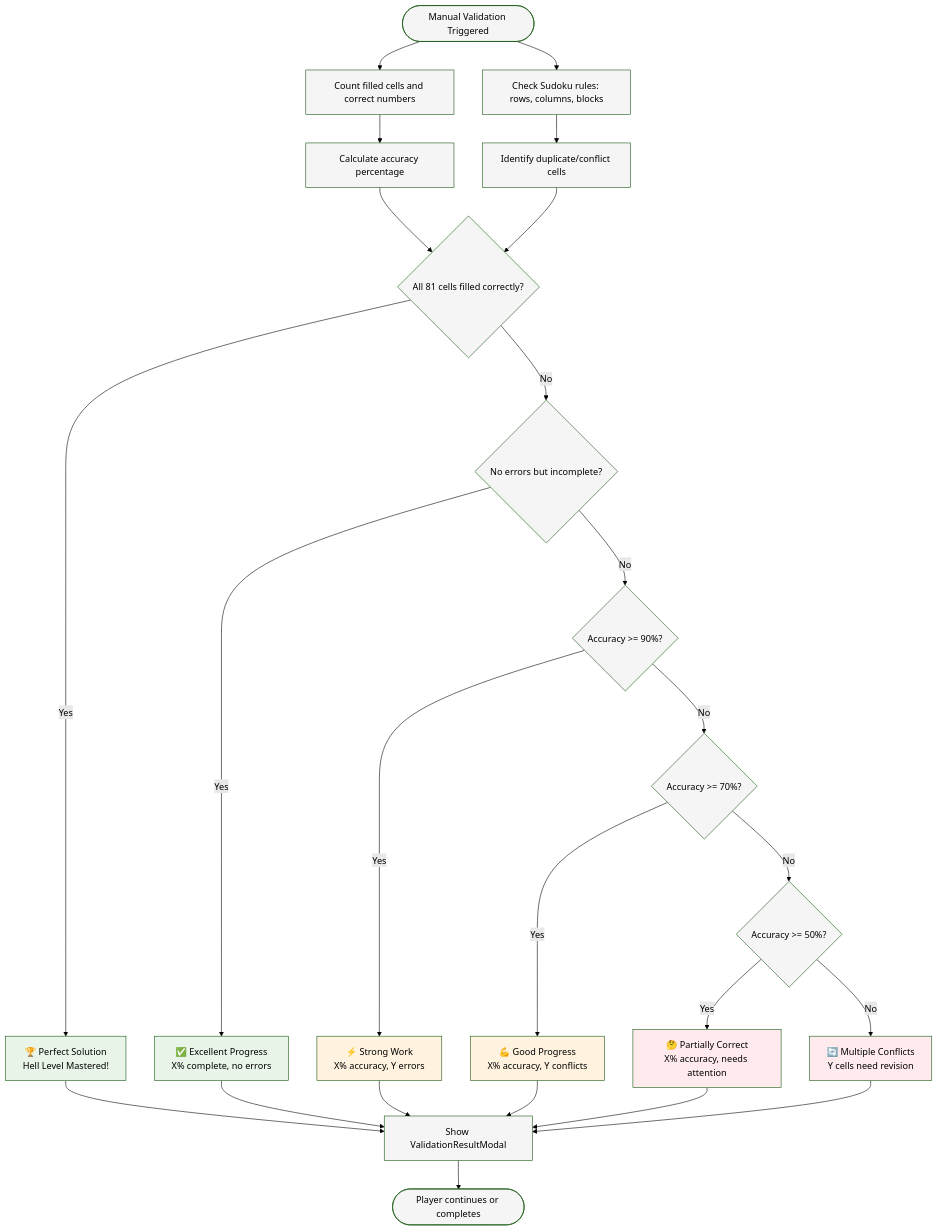
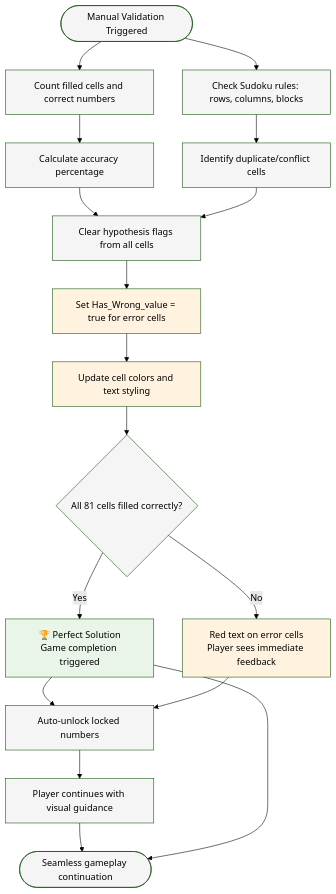
Before and after one commit to cloudaipro/SudokuMaster: diagram 12 of 19 in SudokuMaster_GameFlow_Documentation.md, drawn with Mermaid (forest theme). The commit also changed other lines of this file and 4 other files, not shown here.

````diff
--- a/SudokuMaster_GameFlow_Documentation.md
+++ b/SudokuMaster_GameFlow_Documentation.md
@@ -500,47 +512,37 @@
 ```mermaid
 flowchart TD
     Start([Manual Validation Triggered])
     
     Start --> CountCells[Count filled cells and correct numbers]
     Start --> ValidateRules[Check Sudoku rules: rows, columns, blocks]
     
     CountCells --> CalcAccuracy[Calculate accuracy percentage]
     ValidateRules --> FindErrors[Identify duplicate/conflict cells]
     
-    CalcAccuracy --> CheckCompletion{All 81 cells filled correctly?}
-    FindErrors --> CheckCompletion
+    CalcAccuracy --> ClearFlags[Clear hypothesis flags from all cells]
+    FindErrors --> ClearFlags
     
-    CheckCompletion -->|Yes| Perfect[🏆 Perfect Solution<br/>Hell Level Mastered!]
-    CheckCompletion -->|No| CheckNoErrors{No errors but incomplete?}
+    ClearFlags --> ApplyErrorStates[Set Has_Wrong_value = true for error cells]
+    ApplyErrorStates --> UpdateVisuals[Update cell colors and text styling]
     
-    CheckNoErrors -->|Yes| Progress[✅ Excellent Progress<br/>X% complete, no errors]
-    CheckNoErrors -->|No| CheckAccuracy{Accuracy >= 90%?}
+    UpdateVisuals --> CheckCompletion{All 81 cells filled correctly?}
     
-    CheckAccuracy -->|Yes| Strong[⚡ Strong Work<br/>X% accuracy, Y errors]
-    CheckAccuracy -->|No| CheckGood{Accuracy >= 70%?}
+    CheckCompletion -->|Yes| Perfect[🏆 Perfect Solution<br/>Game completion triggered]
+    CheckCompletion -->|No| VisualFeedback[Red text on error cells<br/>Player sees immediate feedback]
     
-    CheckGood -->|Yes| Good[💪 Good Progress<br/>X% accuracy, Y conflicts]
-    CheckGood -->|No| CheckPartial{Accuracy >= 50%?}
+    Perfect --> UnlockNumbers[Auto-unlock locked numbers]
+    VisualFeedback --> UnlockNumbers
     
-    CheckPartial -->|Yes| Partial[🤔 Partially Correct<br/>X% accuracy, needs attention]
-    CheckPartial -->|No| Multiple[🔄 Multiple Conflicts<br/>Y cells need revision]
+    UnlockNumbers --> ContinuePlay[Player continues with visual guidance]
     
-    Perfect --> DisplayModal[Show ValidationResultModal]
-    Progress --> DisplayModal
-    Strong --> DisplayModal
-    Good --> DisplayModal
-    Partial --> DisplayModal
-    Multiple --> DisplayModal
-    
-    DisplayModal --> End([Player continues or completes])
+    ContinuePlay --> End([Seamless gameplay continuation])
+    Perfect --> End
     
     classDef perfect fill:#e8f5e8
-    classDef good fill:#fff3e0
-    classDef needs fill:#ffebee
+    classDef visual fill:#fff3e0
     classDef process fill:#f5f5f5
     
-    class Perfect,Progress perfect
-    class Strong,Good good
-    class Partial,Multiple needs
-    class Start,CountCells,ValidateRules,CalcAccuracy,FindErrors,CheckCompletion,CheckNoErrors,CheckAccuracy,CheckGood,CheckPartial,DisplayModal,End process
+    class Perfect perfect
+    class VisualFeedback,UpdateVisuals,ApplyErrorStates visual
+    class Start,CountCells,ValidateRules,CalcAccuracy,FindErrors,ClearFlags,CheckCompletion,UnlockNumbers,ContinuePlay,End process
 ```
````
